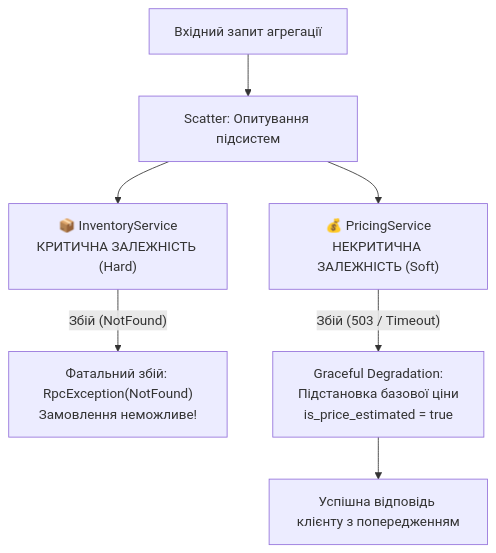
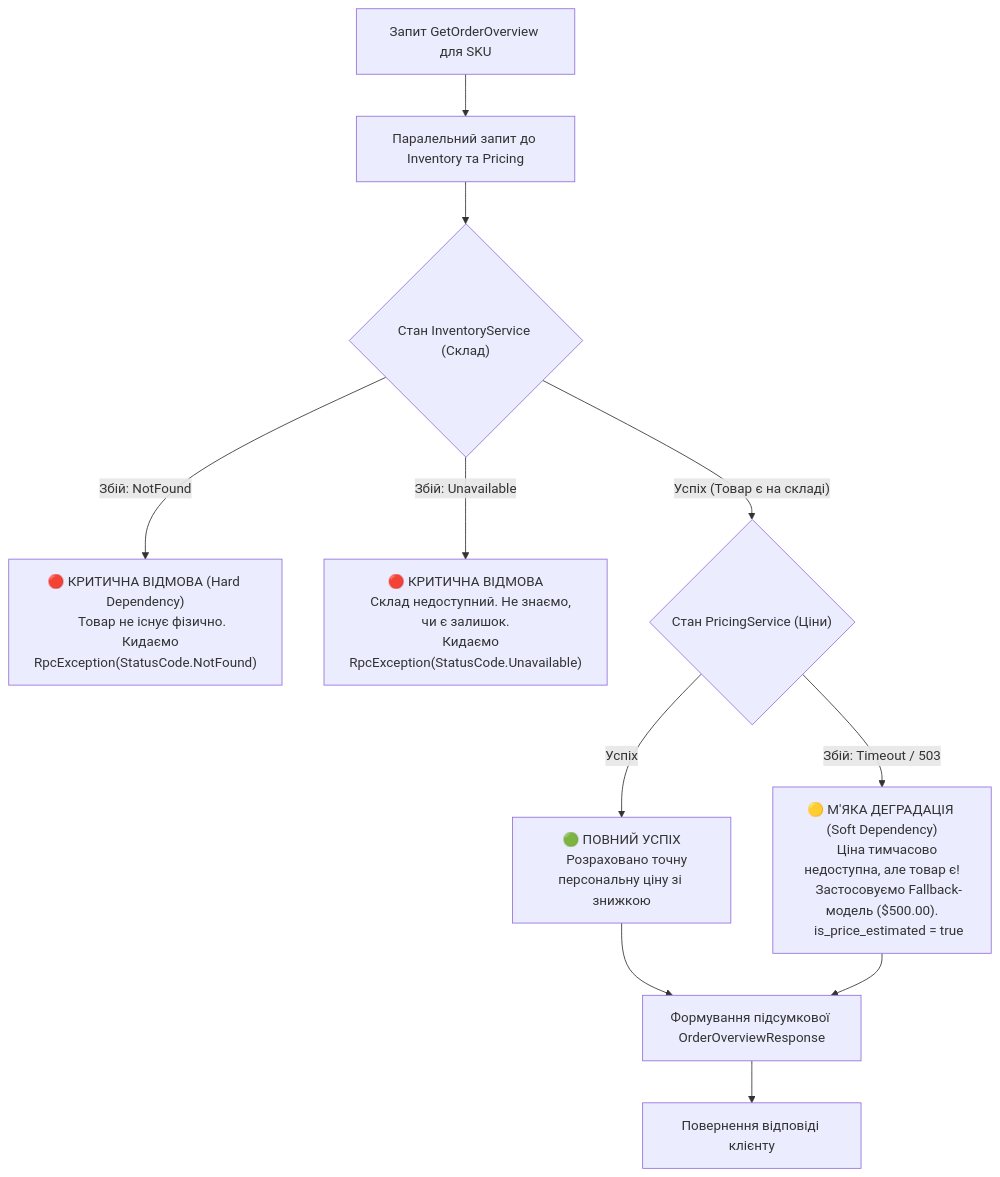
Before and after one commit to MrTomkaYurii/AspNet-gRPC-Mastery: the fifth of 6 diagrams in docs/Mastery-05-Aggregator-Pattern.md, drawn with Mermaid. The commit also changed other lines of this file and 1 other file, not shown here.

Commit message:
docs(guides): add comprehensive diagrams, latency waterfalls, and line-by-line pedagogical code walkthroughs for REST vs gRPC and Aggregator Pattern

````diff
--- a/docs/Mastery-05-Aggregator-Pattern.md
+++ b/docs/Mastery-05-Aggregator-Pattern.md
@@ -220,17 +328,28 @@
 ```mermaid
 flowchart TD
-    Req["Вхідний запит агрегації"] --> Split["Scatter: Опитування підсистем"]
+    Start["Запит GetOrderOverview для SKU"] --> Scatter["Паралельний запит до Inventory та Pricing"]
     
-    Split --> Dep1["📦 InventoryService
-КРИТИЧНА ЗАЛЕЖНІСТЬ (Hard)"]
-    Split --> Dep2["💰 PricingService
-НЕКРИТИЧНА ЗАЛЕЖНІСТЬ (Soft)"]
+    Scatter --> CheckInv{"Стан InventoryService (Склад)"}
+    
+    CheckInv -->|"Збій: NotFound"| HardFail1["🔴 КРИТИЧНА ВІДМОВА (Hard Dependency)
+    Товар не існує фізично.
+    Кидаємо RpcException(StatusCode.NotFound)"]
+    
+    CheckInv -->|"Збій: Unavailable"| HardFail2["🔴 КРИТИЧНА ВІДМОВА
+    Склад недоступний. Не знаємо, чи є залишок.
+    Кидаємо RpcException(StatusCode.Unavailable)"]
 
-    Dep1 -->|"Збій (NotFound)"| Fail["Фатальний збій: RpcException(NotFound)
-Замовлення неможливе!"]
-    Dep2 -->|"Збій (503 / Timeout)"| Fallback["Graceful Degradation:
-Підстановка базової ціни
-is_price_estimated = true"]
-    
-    Fallback --> Resp["Успішна відповідь клієнту з попередженням"]
+    CheckInv -->|"Успіх (Товар є на складі)"| CheckPrice{"Стан PricingService (Ціни)"}
+
+    CheckPrice -->|"Успіх"| FullSuccess["🟢 ПОВНИЙ УСПІХ
+    Розраховано точну персональну ціну зі знижкою"]
+
+    CheckPrice -->|"Збій: Timeout / 503"| SoftFail["🟡 М'ЯКА ДЕГРАДАЦІЯ (Soft Dependency)
+    Ціна тимчасово недоступна, але товар є!
+    Застосовуємо Fallback-модель ($500.00).
+    is_price_estimated = true"]
+
+    FullSuccess --> BuildDTO["Формування підсумкової OrderOverviewResponse"]
+    SoftFail --> BuildDTO
+    BuildDTO --> ReturnClient["Повернення відповіді клієнту"]
 ```
````
